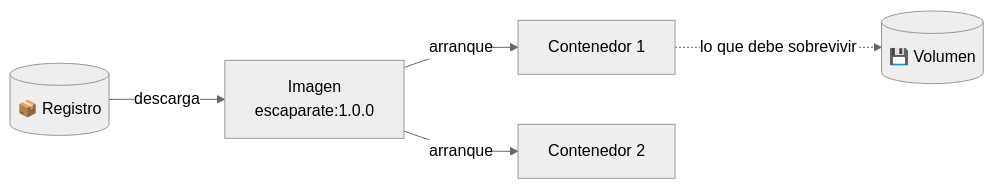
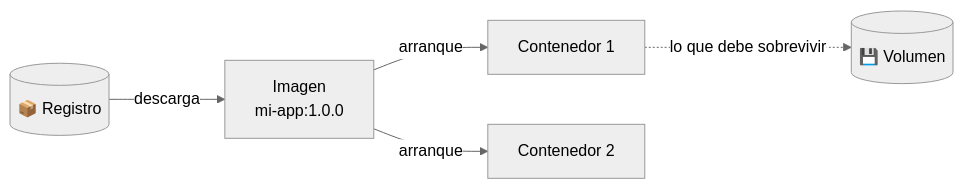
One commit to alejandroroig/despliegue-daw changed the second of 4 diagrams in docs/tema2/fundamentos-contenedores.md. Above: the diagram before and after it, drawn with Mermaid (neutral theme). The commit also changed other lines of this file and 14 other files, not shown here.

````diff
--- a/docs/tema2/fundamentos-contenedores.md
+++ b/docs/tema2/fundamentos-contenedores.md
@@ -103,7 +104,7 @@
 ```mermaid
 flowchart LR
-    R[("📦 Registro")] -- descarga --> I["Imagen<br/>escaparate:1.0.0"]
+    R[("📦 Registro")] -- descarga --> I["Imagen<br/>mi-app:1.0.0"]
     I -- arranque --> C1["Contenedor 1"]
     I -- arranque --> C2["Contenedor 2"]
     C1 -. lo que debe sobrevivir .-> V[("💾 Volumen")]
 ```
````
